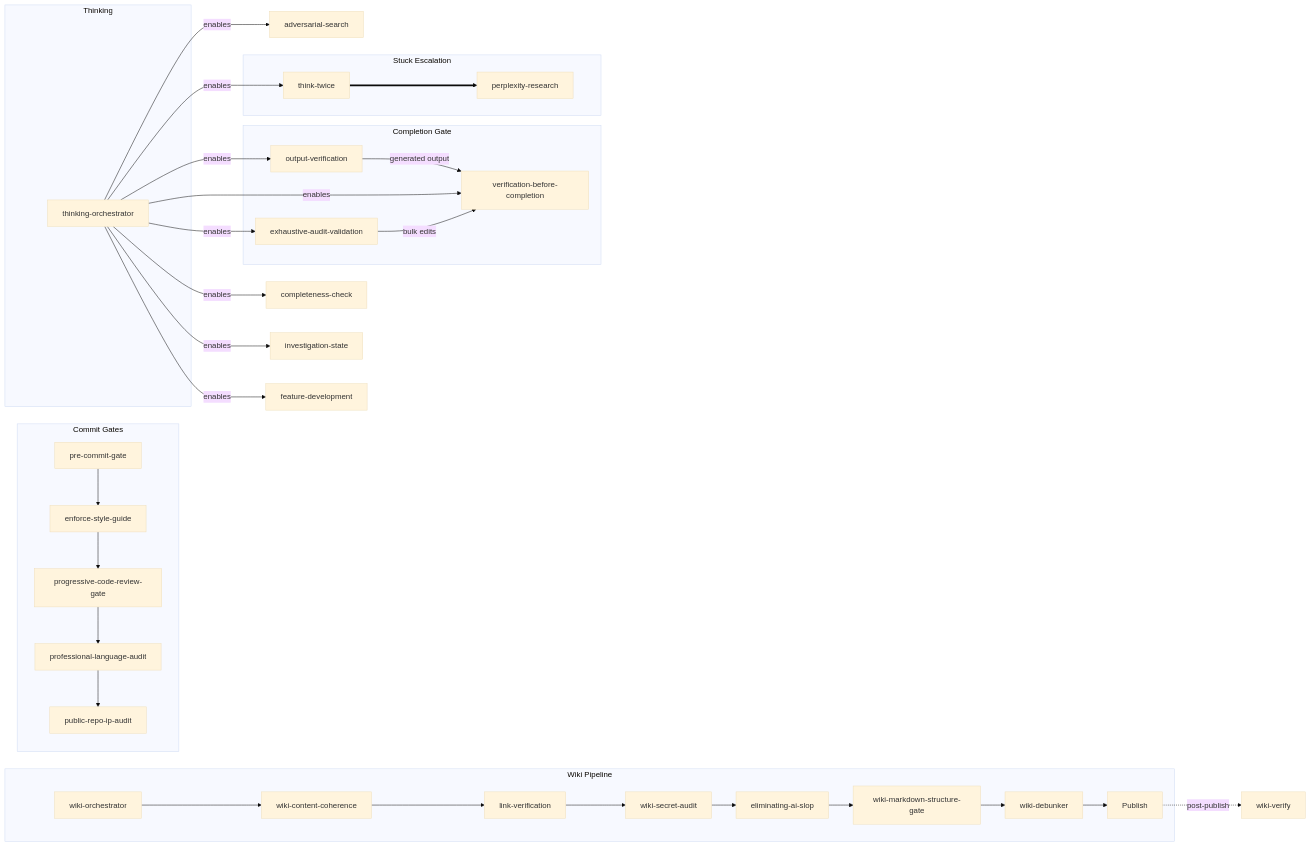
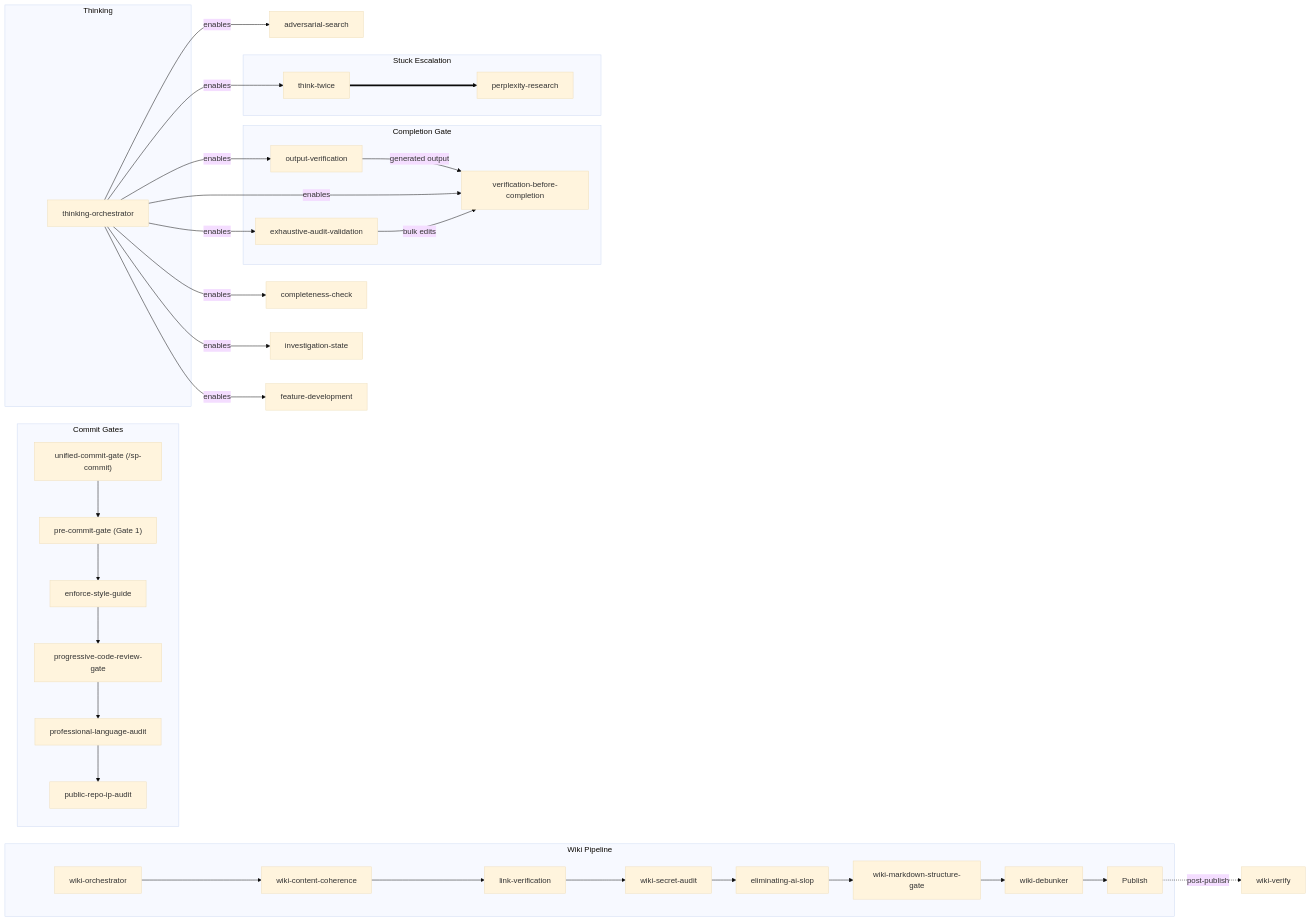
The diagram in README.md (bordenet/superpowers-plus), drawn with Mermaid (base theme) before and after one commit. The commit also changed other lines of this file and 8 other files, not shown here.

````diff
--- a/README.md
+++ b/README.md
@@ -225,43 +227,44 @@
 ```mermaid
 graph LR
   subgraph commit-gates["Commit Gates"]
-    pre_commit_gate["pre-commit-gate"] --> enforce_style_guide["enforce-style-guide"]
+    unified_commit_gate["unified-commit-gate (/sp-commit)"] --> pre_commit_gate["pre-commit-gate (Gate 1)"]
+    pre_commit_gate --> enforce_style_guide["enforce-style-guide"]
     enforce_style_guide --> progressive_code_review_gate["progressive-code-review-gate"]
     progressive_code_review_gate --> professional_language_audit["professional-language-audit"]
     professional_language_audit --> public_repo_ip_audit["public-repo-ip-audit"]
   end
 
   subgraph completion-gate["Completion Gate"]
     output_verification["output-verification"] -->|generated output| verification_before_completion["verification-before-completion"]
     exhaustive_audit_validation["exhaustive-audit-validation"] -->|bulk edits| verification_before_completion
   end
 
   subgraph thinking["Thinking"]
     thinking_orchestrator["thinking-orchestrator"]
   end
 
   subgraph wiki-pipeline["Wiki Pipeline"]
     wiki_orchestrator["wiki-orchestrator"] --> wiki_content_coherence["wiki-content-coherence"]
     wiki_content_coherence --> link_verification["link-verification"]
     link_verification --> wiki_secret_audit["wiki-secret-audit"]
     wiki_secret_audit --> eliminating_ai_slop["eliminating-ai-slop"]
     eliminating_ai_slop --> markdown_table_discipline["wiki-markdown-structure-gate"]
     markdown_table_discipline --> wiki_debunker["wiki-debunker"]
     wiki_debunker --> publish["Publish"]
   end
 
   publish -.->|post-publish| wiki_verify["wiki-verify"]
 
   subgraph stuck-escalation["Stuck Escalation"]
     think_twice["think-twice"] ==> perplexity_research["perplexity-research"]
   end
 
   thinking_orchestrator -->|enables| adversarial_search["adversarial-search"]
   thinking_orchestrator -->|enables| think_twice
   thinking_orchestrator -->|enables| output_verification
   thinking_orchestrator -->|enables| verification_before_completion
   thinking_orchestrator -->|enables| exhaustive_audit_validation
   thinking_orchestrator -->|enables| completeness_check["completeness-check"]
   thinking_orchestrator -->|enables| investigation_state["investigation-state"]
   thinking_orchestrator -->|enables| feature_development["feature-development"]
 ```
````
